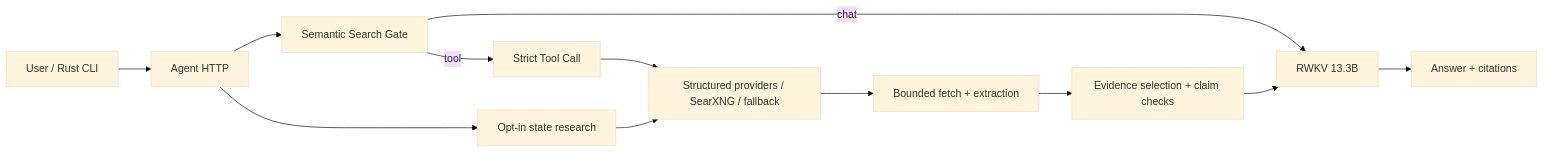
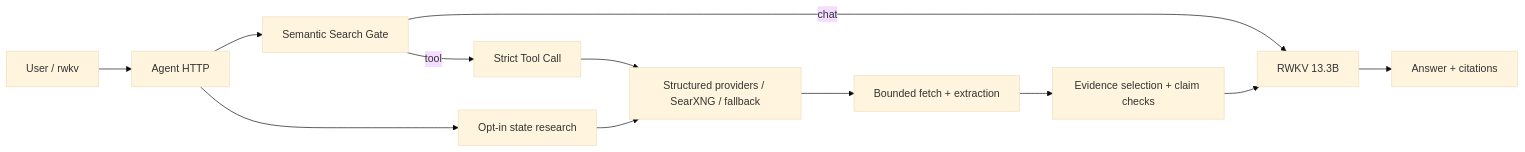
The diagram in README.md (123123213weqw/rwkv-agent), drawn with Mermaid (base theme) before and after one commit. The commit also changed other lines of this file and 20 other files, not shown here.

Commit message:
Rename product branding to RWKV Agent

````diff
--- a/README.md
+++ b/README.md
@@ -90,14 +100,14 @@
 ```mermaid
 flowchart LR
-    U["User / Rust CLI"] --> API["Agent HTTP"]
+    U["User / rwkv"] --> API["Agent HTTP"]
     API --> G["Semantic Search Gate"]
     G -->|"chat"| M["RWKV 13.3B"]
     G -->|"tool"| T["Strict Tool Call"]
     T --> D["Structured providers / SearXNG / fallback"]
     D --> F["Bounded fetch + extraction"]
     F --> E["Evidence selection + claim checks"]
     E --> M
     M --> A["Answer + citations"]
     API --> R["Opt-in state research"]
     R --> D
 ```
````
